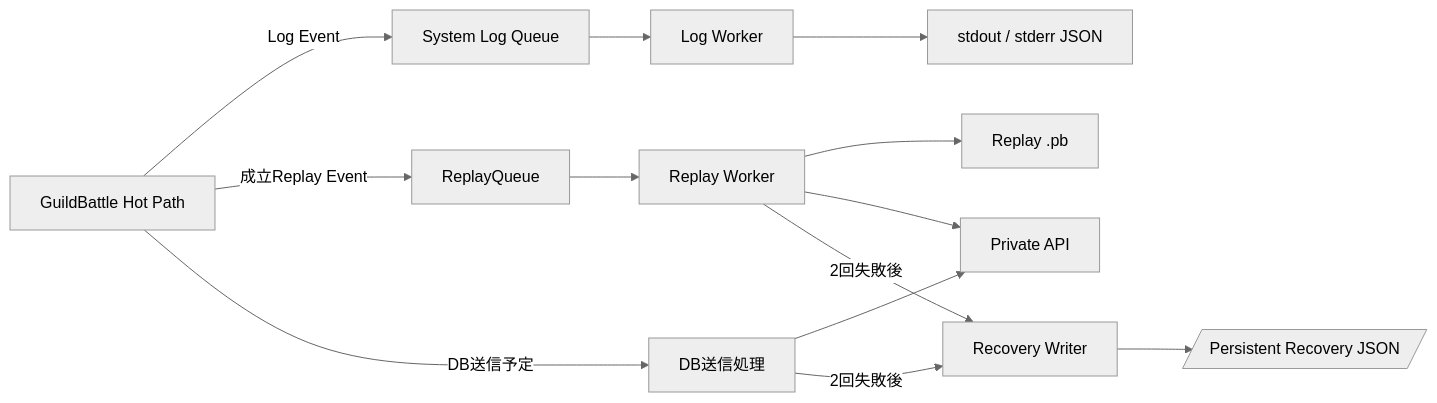
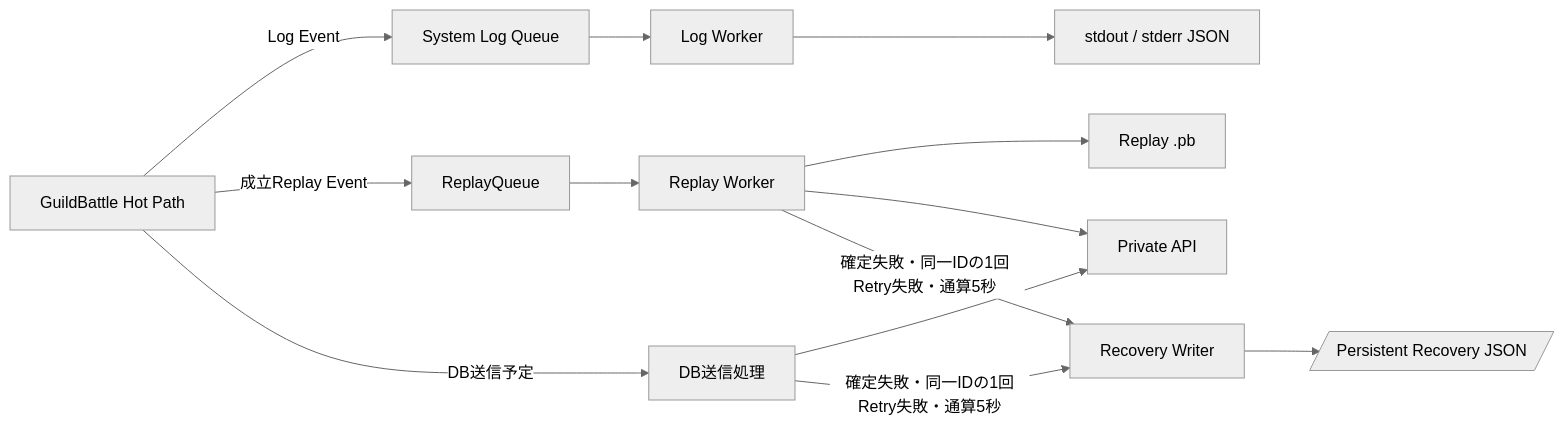
The first of 3 diagrams in design/programming/server/logging_recovery.md (ReHydrangeaOdyssey/Specifications), drawn with Mermaid (neutral theme) before and after one commit. The commit also changed other lines of this file and 19 other files, not shown here.

````diff
--- a/design/programming/server/logging_recovery.md
+++ b/design/programming/server/logging_recovery.md
@@ -9,18 +9,18 @@
 ```mermaid
 flowchart LR
     Hot[GuildBattle Hot Path] -->|Log Event| LQ[System Log Queue]
     Hot -->|成立Replay Event| RQ[ReplayQueue]
     Hot -->|DB送信予定| DBW[DB送信処理]
 
     LQ --> LW[Log Worker]
     LW --> OUT[stdout / stderr JSON]
 
     RQ --> RW[Replay Worker]
     RW --> FILE[Replay .pb]
     RW --> PA[Private API]
 
     DBW --> PA
-    DBW -->|2回失敗後| REC[Recovery Writer]
-    RW -->|2回失敗後| REC
+    DBW -->|確定失敗・同一IDの1回Retry失敗・通算5秒| REC[Recovery Writer]
+    RW -->|確定失敗・同一IDの1回Retry失敗・通算5秒| REC
     REC --> RF[/Persistent Recovery JSON/]
 ```
````
